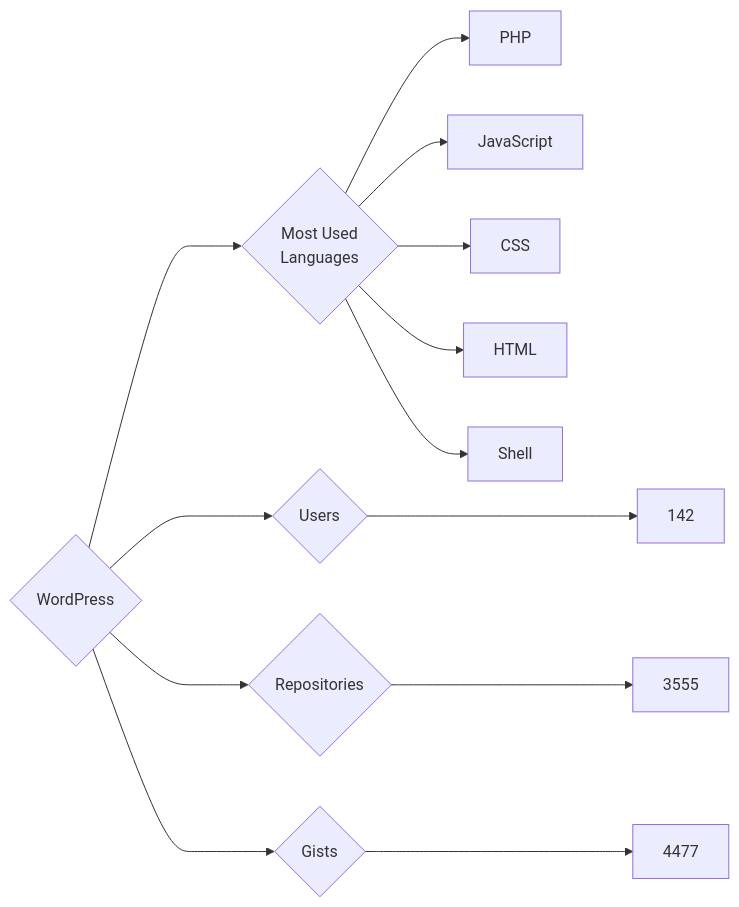
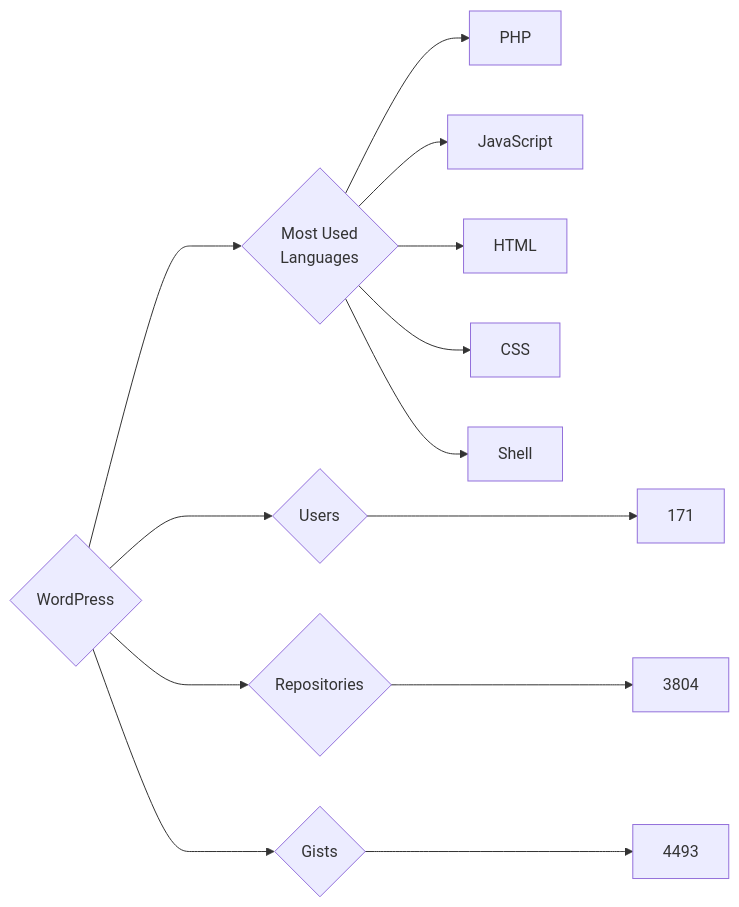
The diagram in targets/WordPress/README.md (trickest/insiders), drawn with Mermaid before and after one commit. The commit also changed 794 other files, not shown here.

````diff
--- a/targets/WordPress/README.md
+++ b/targets/WordPress/README.md
@@ -3,13 +3,13 @@
 ```mermaid
 graph LR
 COMPANY_NAME{WordPress}
-COMPANY_NAME ---> U{Users} ---> UN[142]
-COMPANY_NAME ---> R{Repositories} ---> RN[3555]
-COMPANY_NAME ---> G{Gists} ---> GN[4477]
+COMPANY_NAME ---> U{Users} ---> UN[171]
+COMPANY_NAME ---> R{Repositories} ---> RN[3804]
+COMPANY_NAME ---> G{Gists} ---> GN[4493]
 COMPANY_NAME ---> ML{Most Used<br>Languages}
 ML --> PHP[PHP]
 ML --> JavaScript[JavaScript]
+ML --> HTML[HTML]
 ML --> CSS[CSS]
-ML --> HTML[HTML]
 ML --> Shell[Shell]
 ```
````
